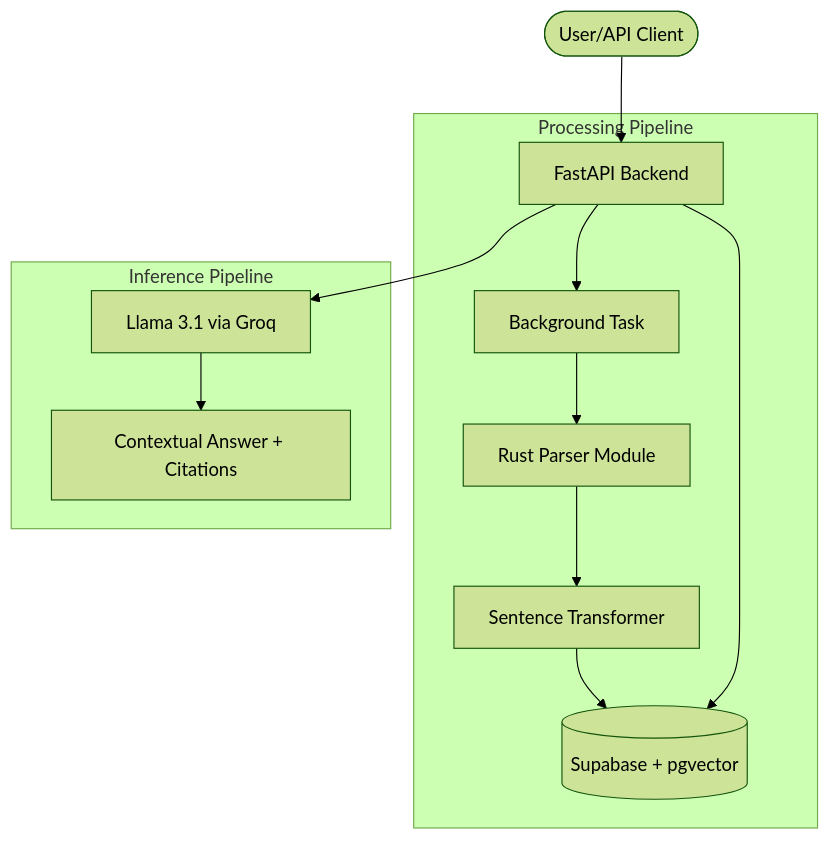
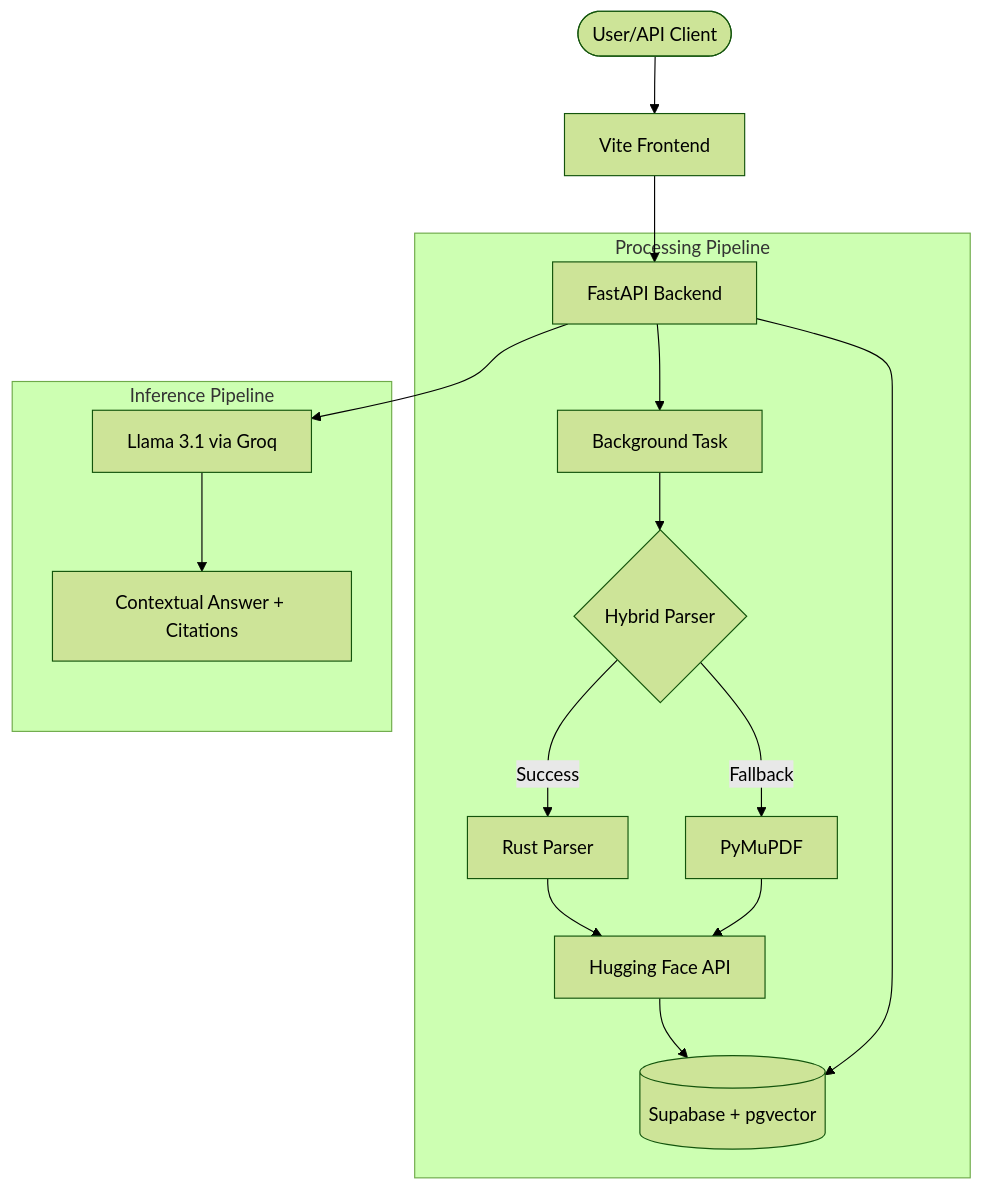
The diagram in README.md (TheProject24/sematic_search), drawn with Mermaid (forest theme) before and after one commit. The commit also changed other lines of this file and 1 other file, not shown here.

Commit message:
feat: migrate to Hugging Face API for embeddings, add PyMuPDF fallback, and update to Vite frontend

````diff
--- a/README.md
+++ b/README.md
@@ -55,17 +56,21 @@
 ```mermaid
 graph TD
-    User([User/API Client]) --> API[FastAPI Backend]
+    User([User/API Client]) --> Frontend[Vite Frontend]
+    Frontend --> API[FastAPI Backend]
 
     subgraph "Processing Pipeline"
         API --> Worker[Background Task]
-        Worker --> RustParser[Rust Parser Module]
-        RustParser --> Embedder[Sentence Transformer]
-        Embedder --> Superbase[(Supabase + pgvector)]
+        Worker --> HybridParser{Hybrid Parser}
+        HybridParser -->|Success| Rust[Rust Parser]
+        HybridParser -->|Fallback| Fitz[PyMuPDF]
+        Rust --> HF[Hugging Face API]
+        Fitz --> HF
+        HF --> Superbase[(Supabase + pgvector)]
     end
 
     subgraph "Inference Pipeline"
         API --> Superbase
         API --> LLM[Llama 3.1 via Groq]
         LLM --> Answer[Contextual Answer + Citations]
     end
 ```
````
